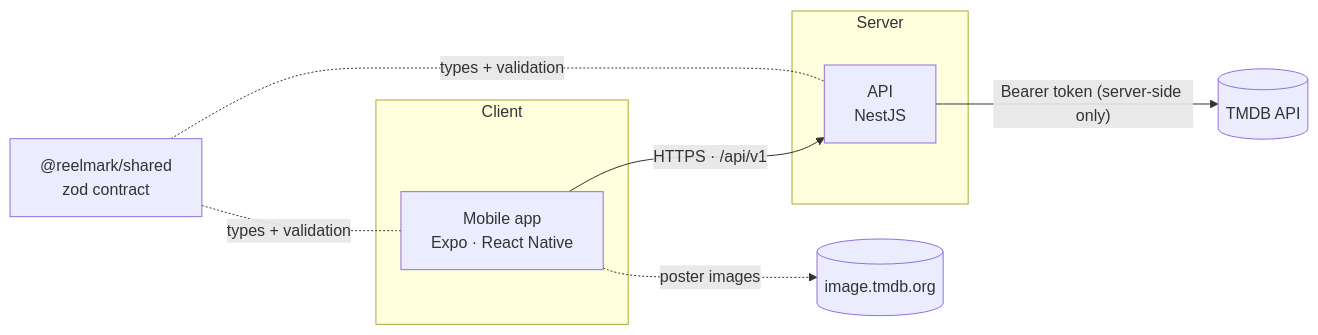
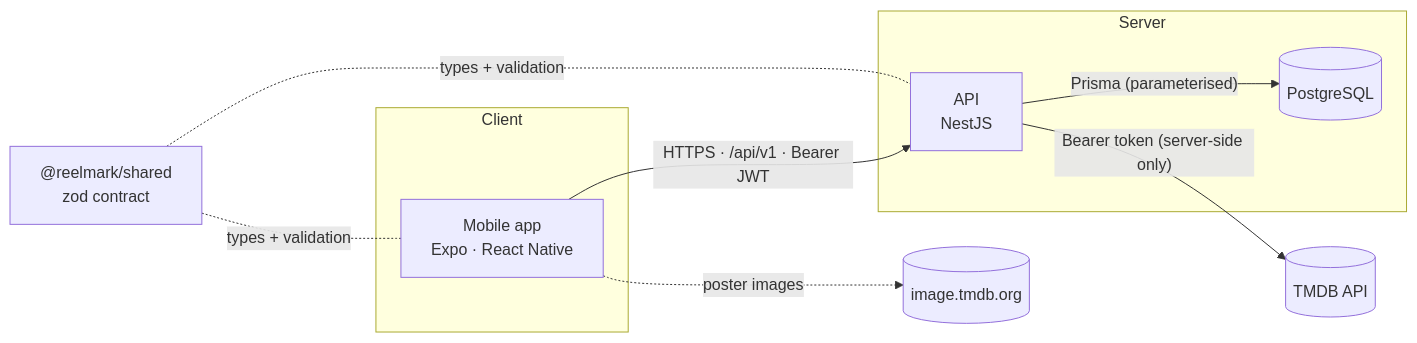
The first of 3 diagrams in docs/ARCHITECTURE.md (IvanProts/reelmark), drawn with Mermaid before and after one commit. The commit also changed other lines of this file and 15 other files, not shown here.

````diff
--- a/docs/ARCHITECTURE.md
+++ b/docs/ARCHITECTURE.md
@@ -8,18 +8,20 @@
 ```mermaid
 flowchart LR
     subgraph Client
         App["Mobile app<br/>Expo · React Native"]
     end
     subgraph Server
         API["API<br/>NestJS"]
+        DB[("PostgreSQL")]
     end
     Shared["@reelmark/shared<br/>zod contract"]
     TMDB[("TMDB API")]
     CDN[("image.tmdb.org")]
 
-    App -- "HTTPS · /api/v1" --> API
+    App -- "HTTPS · /api/v1 · Bearer JWT" --> API
+    API -- "Prisma (parameterised)" --> DB
     API -- "Bearer token (server-side only)" --> TMDB
     App -. "poster images" .-> CDN
     Shared -. "types + validation" .- App
     Shared -. "types + validation" .- API
 ```
````
